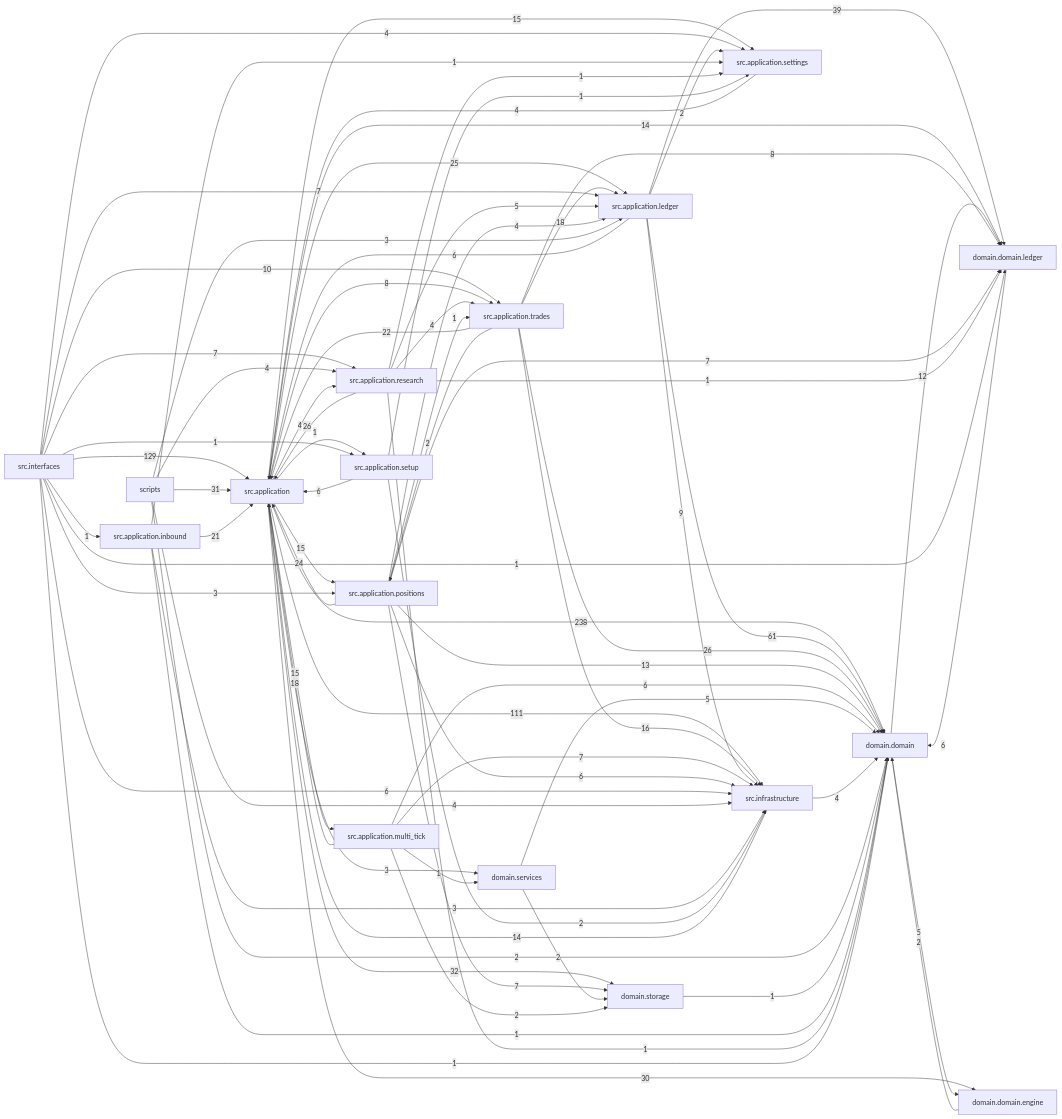
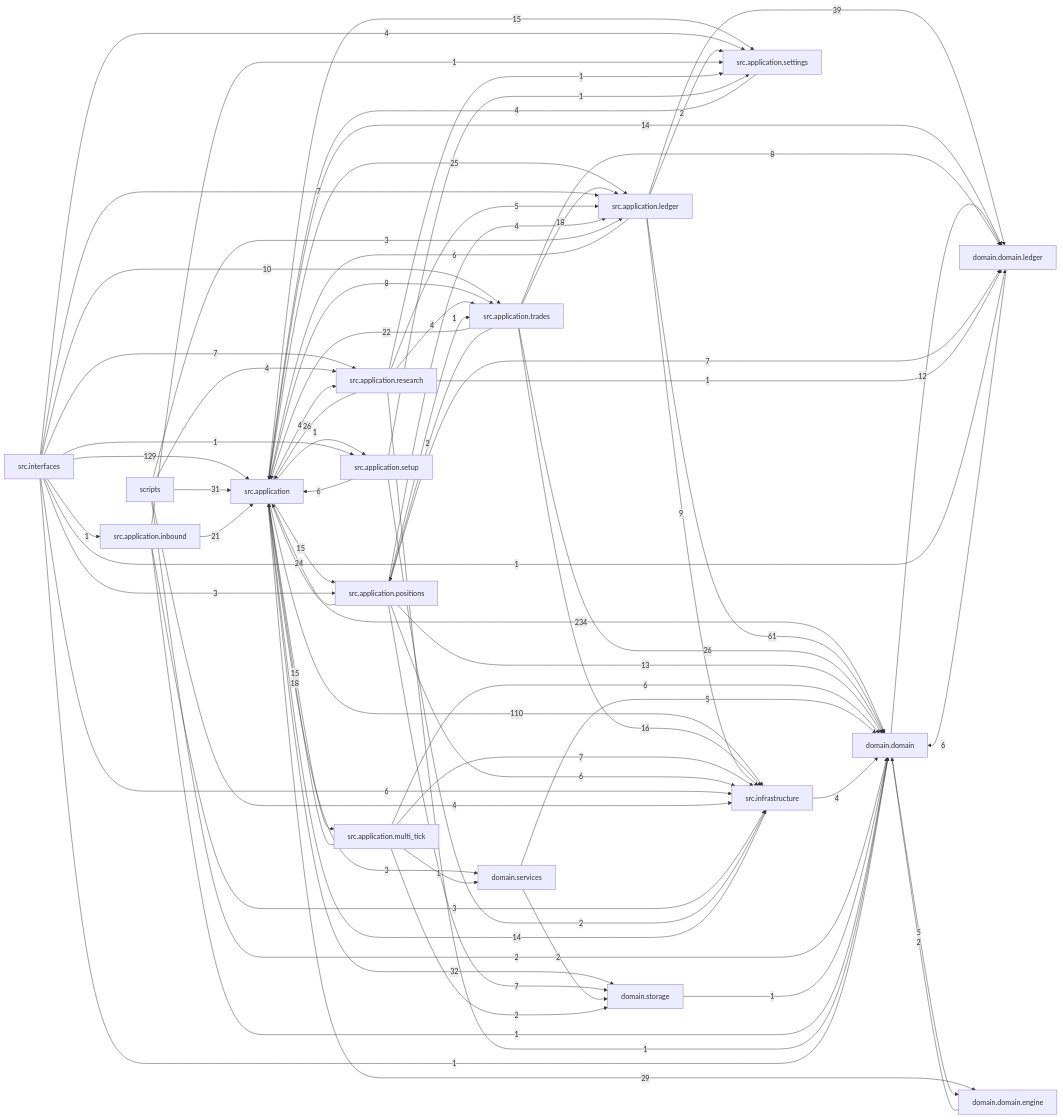
One commit to liuxie066/options-monitor changed the diagram in docs/dependency_graph.mmd. Above: the diagram before and after it, drawn with Mermaid. The commit also changed 13 other files, not shown here.

```diff
--- a/docs/dependency_graph.mmd
+++ b/docs/dependency_graph.mmd
@@ -1,76 +1,76 @@
 flowchart LR
-  src_application["src.application"] -->|238| domain_domain["domain.domain"]
+  src_application["src.application"] -->|234| domain_domain["domain.domain"]
   src_interfaces["src.interfaces"] -->|129| src_application["src.application"]
-  src_application["src.application"] -->|111| src_infrastructure["src.infrastructure"]
+  src_application["src.application"] -->|110| src_infrastructure["src.infrastructure"]
   src_application_ledger["src.application.ledger"] -->|61| domain_domain["domain.domain"]
   src_application_ledger["src.application.ledger"] -->|39| domain_domain_ledger["domain.domain.ledger"]
   src_application["src.application"] -->|32| domain_storage["domain.storage"]
   scripts["scripts"] -->|31| src_application["src.application"]
-  src_application["src.application"] -->|30| domain_domain_engine["domain.domain.engine"]
+  src_application["src.application"] -->|29| domain_domain_engine["domain.domain.engine"]
   src_application_research["src.application.research"] -->|26| src_application["src.application"]
   src_application_trades["src.application.trades"] -->|26| domain_domain["domain.domain"]
   src_application["src.application"] -->|25| src_application_ledger["src.application.ledger"]
   src_application_positions["src.application.positions"] -->|24| src_application["src.application"]
   src_application_trades["src.application.trades"] -->|22| src_application["src.application"]
   src_application_inbound["src.application.inbound"] -->|21| src_application["src.application"]
   src_application_multi_tick["src.application.multi_tick"] -->|18| src_application["src.application"]
   src_application_trades["src.application.trades"] -->|18| src_application_ledger["src.application.ledger"]
   src_application_trades["src.application.trades"] -->|16| src_infrastructure["src.infrastructure"]
   src_application["src.application"] -->|15| src_application_multi_tick["src.application.multi_tick"]
   src_application["src.application"] -->|15| src_application_positions["src.application.positions"]
   src_application["src.application"] -->|15| src_application_settings["src.application.settings"]
   src_application["src.application"] -->|14| domain_domain_ledger["domain.domain.ledger"]
   src_infrastructure["src.infrastructure"] -->|14| src_application["src.application"]
   src_application_positions["src.application.positions"] -->|13| domain_domain["domain.domain"]
   domain_domain["domain.domain"] -->|12| domain_domain_ledger["domain.domain.ledger"]
   src_interfaces["src.interfaces"] -->|10| src_application_trades["src.application.trades"]
   src_application_ledger["src.application.ledger"] -->|9| src_infrastructure["src.infrastructure"]
   src_application["src.application"] -->|8| src_application_trades["src.application.trades"]
   src_application_trades["src.application.trades"] -->|8| domain_domain_ledger["domain.domain.ledger"]
   src_application_multi_tick["src.application.multi_tick"] -->|7| src_infrastructure["src.infrastructure"]
   src_application_positions["src.application.positions"] -->|7| domain_domain_ledger["domain.domain.ledger"]
   src_application_positions["src.application.positions"] -->|7| domain_storage["domain.storage"]
   src_interfaces["src.interfaces"] -->|7| src_application_ledger["src.application.ledger"]
   src_interfaces["src.interfaces"] -->|7| src_application_research["src.application.research"]
   domain_domain_ledger["domain.domain.ledger"] -->|6| domain_domain["domain.domain"]
   src_application_ledger["src.application.ledger"] -->|6| src_application["src.application"]
   src_application_multi_tick["src.application.multi_tick"] -->|6| domain_domain["domain.domain"]
   src_application_positions["src.application.positions"] -->|6| src_infrastructure["src.infrastructure"]
   src_application_setup["src.application.setup"] -->|6| src_application["src.application"]
   src_interfaces["src.interfaces"] -->|6| src_infrastructure["src.infrastructure"]
   domain_domain["domain.domain"] -->|5| domain_domain_engine["domain.domain.engine"]
   domain_services["domain.services"] -->|5| domain_domain["domain.domain"]
   src_application_research["src.application.research"] -->|5| src_application_ledger["src.application.ledger"]
   scripts["scripts"] -->|4| src_application_research["src.application.research"]
   scripts["scripts"] -->|4| src_infrastructure["src.infrastructure"]
   src_application["src.application"] -->|4| src_application_research["src.application.research"]
   src_application_positions["src.application.positions"] -->|4| src_application_ledger["src.application.ledger"]
   src_application_research["src.application.research"] -->|4| src_application_trades["src.application.trades"]
   src_application_settings["src.application.settings"] -->|4| src_application["src.application"]
   src_infrastructure["src.infrastructure"] -->|4| domain_domain["domain.domain"]
   src_interfaces["src.interfaces"] -->|4| src_application_settings["src.application.settings"]
   scripts["scripts"] -->|3| src_application_ledger["src.application.ledger"]
   src_application["src.application"] -->|3| domain_services["domain.services"]
   src_application_inbound["src.application.inbound"] -->|3| src_infrastructure["src.infrastructure"]
   src_interfaces["src.interfaces"] -->|3| src_application_positions["src.application.positions"]
   domain_domain_engine["domain.domain.engine"] -->|2| domain_domain["domain.domain"]
   domain_services["domain.services"] -->|2| domain_storage["domain.storage"]
   scripts["scripts"] -->|2| domain_domain["domain.domain"]
   src_application_ledger["src.application.ledger"] -->|2| src_application_settings["src.application.settings"]
   src_application_multi_tick["src.application.multi_tick"] -->|2| domain_storage["domain.storage"]
   src_application_setup["src.application.setup"] -->|2| src_infrastructure["src.infrastructure"]
   src_application_trades["src.application.trades"] -->|2| src_application_positions["src.application.positions"]
   domain_storage["domain.storage"] -->|1| domain_domain["domain.domain"]
   src_application["src.application"] -->|1| src_application_setup["src.application.setup"]
   src_application_inbound["src.application.inbound"] -->|1| domain_domain["domain.domain"]
   src_application_inbound["src.application.inbound"] -->|1| src_application_settings["src.application.settings"]
   src_application_multi_tick["src.application.multi_tick"] -->|1| domain_services["domain.services"]
   src_application_positions["src.application.positions"] -->|1| src_application_trades["src.application.trades"]
   src_application_research["src.application.research"] -->|1| domain_domain["domain.domain"]
   src_application_research["src.application.research"] -->|1| domain_domain_ledger["domain.domain.ledger"]
   src_application_research["src.application.research"] -->|1| src_application_settings["src.application.settings"]
   src_application_setup["src.application.setup"] -->|1| src_application_settings["src.application.settings"]
   src_interfaces["src.interfaces"] -->|1| domain_domain["domain.domain"]
   src_interfaces["src.interfaces"] -->|1| domain_domain_ledger["domain.domain.ledger"]
   src_interfaces["src.interfaces"] -->|1| src_application_inbound["src.application.inbound"]
   src_interfaces["src.interfaces"] -->|1| src_application_setup["src.application.setup"]
```
